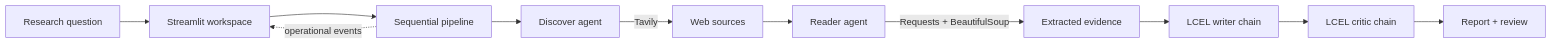
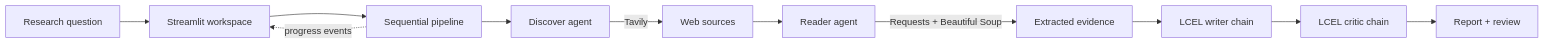
Before and after one commit to Vansh-7/research-mind: the diagram in README.md, drawn with Mermaid. The commit also changed other lines of this file, not shown here.

````diff
--- a/README.md
+++ b/README.md
@@ -29,13 +85,13 @@
 ```mermaid
 flowchart LR
     U[Research question] --> UI[Streamlit workspace]
     UI --> P[Sequential pipeline]
     P --> D[Discover agent]
     D -->|Tavily| W[Web sources]
     W --> R[Reader agent]
-    R -->|Requests + BeautifulSoup| E[Extracted evidence]
+    R -->|Requests + Beautiful Soup| E[Extracted evidence]
     E --> S[LCEL writer chain]
     S --> C[LCEL critic chain]
     C --> O[Report + review]
-    P -. operational events .-> UI
+    P -. progress events .-> UI
 ```
````
